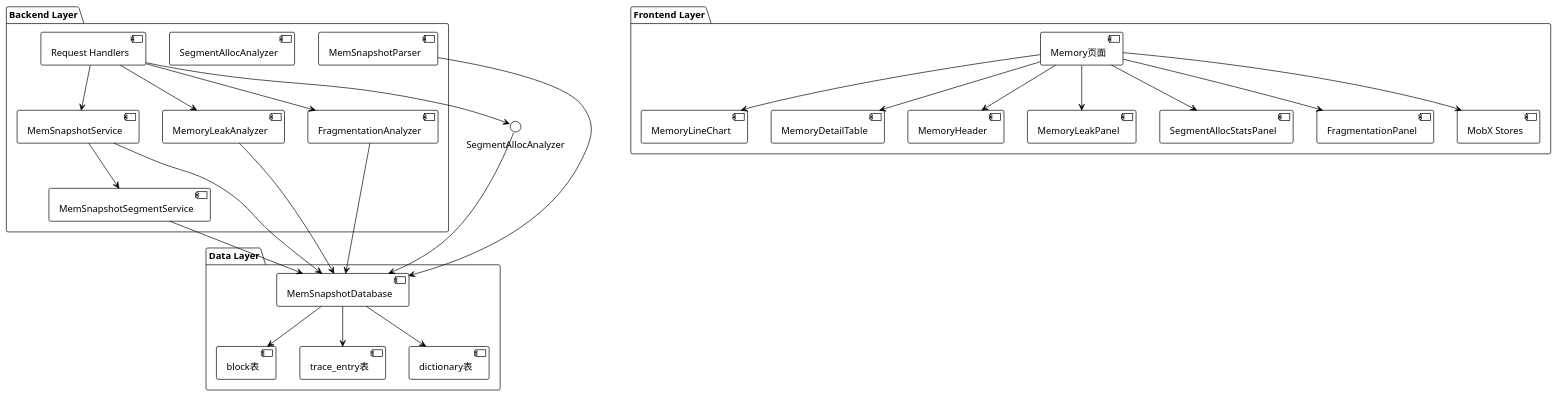
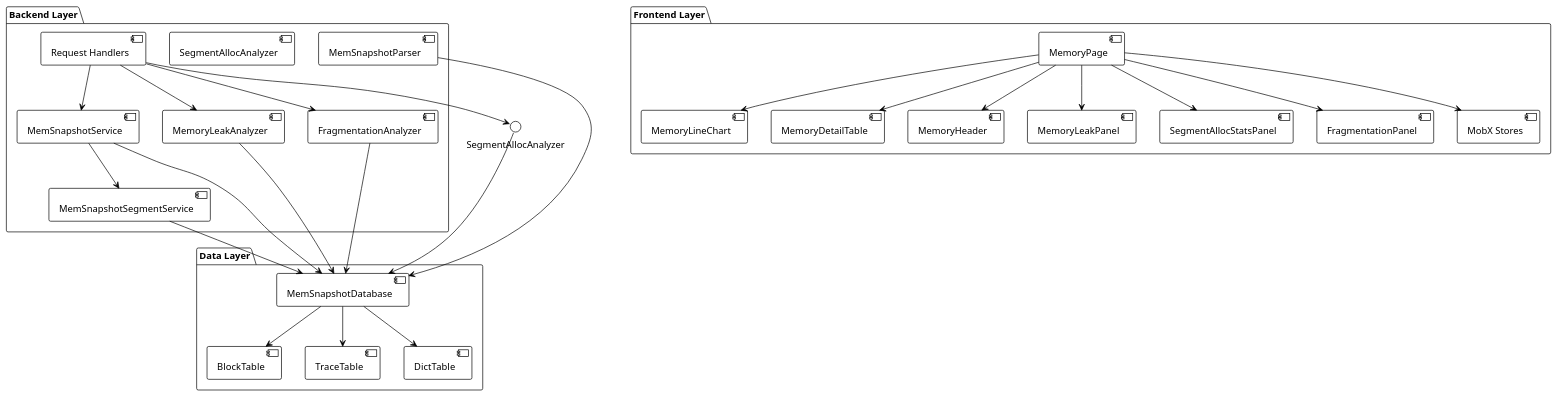
One commit to Ascend/msinsight changed the first of 8 diagrams in docs/en/development_guide/design/support_snapshot_analysis.md. Above: the diagram before and after it, drawn with PlantUML. The commit also changed other lines of this file and 323 other files, not shown here.

````diff
--- a/docs/en/development_guide/design/support_snapshot_analysis.md
+++ b/docs/en/development_guide/design/support_snapshot_analysis.md
@@ -201,58 +165,58 @@
 ```plantuml
 @startuml
 !theme plain
 
 package "Frontend Layer" {
-  [Memory页面] as MemoryPage
+  [MemoryPage] as MemoryPage
   [MemoryLineChart] as LineChart
   [MemoryDetailTable] as DetailTable
   [MemoryHeader] as Header
   [MemoryLeakPanel] as LeakPanel
   [SegmentAllocStatsPanel] as AllocStatsPanel
   [FragmentationPanel] as FragPanel
   [MobX Stores] as Stores
 }
 
 package "Backend Layer" {
   [Request Handlers] as Handlers
   [MemSnapshotService] as Service
   [MemSnapshotSegmentService] as SegmentService
   [MemoryLeakAnalyzer] as LeakAnalyzer
   [SegmentAllocAnalyzer] as AllocAnalyzer
   [FragmentationAnalyzer] as FragAnalyzer
   [MemSnapshotParser] as Parser
 }
 
 package "Data Layer" {
   [MemSnapshotDatabase] as Database
-  [block表] as BlockTable
-  [trace_entry表] as TraceTable
-  [dictionary表] as DictTable
+  [BlockTable] as BlockTable
+  [TraceTable] as TraceTable
+  [DictTable] as DictTable
 }
 
 MemoryPage --> LineChart
 MemoryPage --> DetailTable
 MemoryPage --> Header
 MemoryPage --> LeakPanel
 MemoryPage --> AllocStatsPanel
 MemoryPage --> FragPanel
 MemoryPage --> Stores
 
 Handlers --> Service
 Service --> SegmentService
 Service --> Database
 SegmentService --> Database
 Handlers --> LeakAnalyzer
 LeakAnalyzer --> Database
 Handlers --> SegmentAllocAnalyzer
 SegmentAllocAnalyzer --> Database
 Handlers --> FragAnalyzer
 FragAnalyzer --> Database
 Parser --> Database
 
 Database --> BlockTable
 Database --> TraceTable
 Database --> DictTable
 
 @enduml
 ```
````
